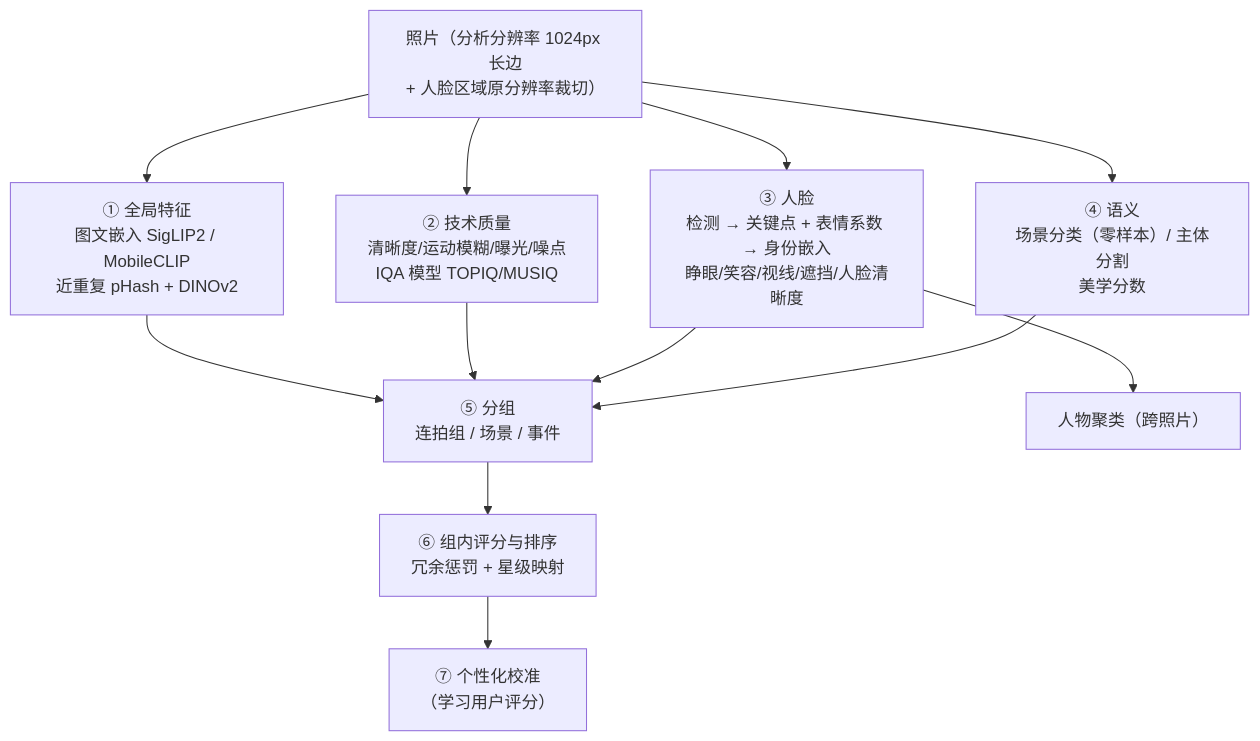
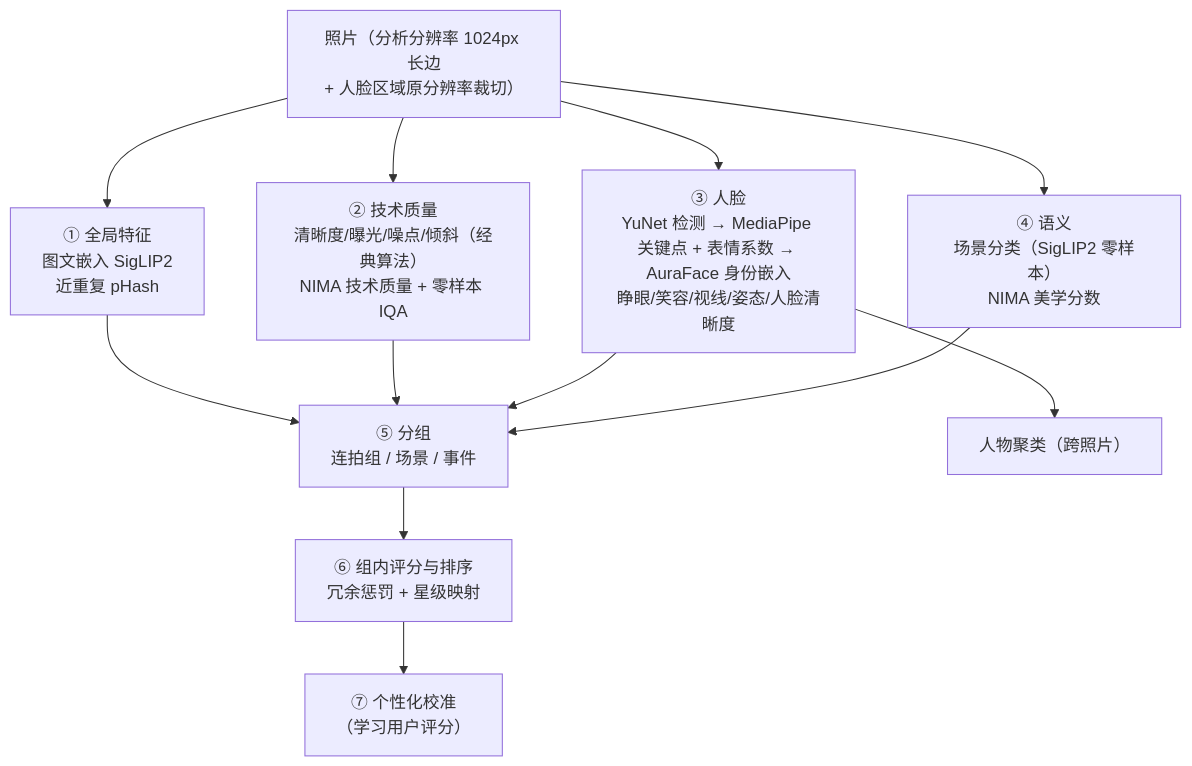
One commit to harveyxiacn/imagePicker changed the first of 3 diagrams in docs/03-AI与算法设计.md. Above: the diagram before and after it, drawn with Mermaid. The commit also changed other lines of this file and 12 other files, not shown here.

````diff
--- a/docs/03-AI与算法设计.md
+++ b/docs/03-AI与算法设计.md
@@ -8,12 +8,12 @@
 ```mermaid
 flowchart TB
     IN["照片（分析分辨率 1024px 长边<br/>+ 人脸区域原分辨率裁切）"] --> A1 & A2 & A3 & A4
-    A1["① 全局特征<br/>图文嵌入 SigLIP2 / MobileCLIP<br/>近重复 pHash + DINOv2"]
-    A2["② 技术质量<br/>清晰度/运动模糊/曝光/噪点<br/>IQA 模型 TOPIQ/MUSIQ"]
-    A3["③ 人脸<br/>检测 → 关键点 + 表情系数 → 身份嵌入<br/>睁眼/笑容/视线/遮挡/人脸清晰度"]
-    A4["④ 语义<br/>场景分类（零样本）/ 主体分割<br/>美学分数"]
+    A1["① 全局特征<br/>图文嵌入 SigLIP2<br/>近重复 pHash"]
+    A2["② 技术质量<br/>清晰度/曝光/噪点/倾斜（经典算法）<br/>NIMA 技术质量 + 零样本 IQA"]
+    A3["③ 人脸<br/>YuNet 检测 → MediaPipe 关键点 + 表情系数 → AuraFace 身份嵌入<br/>睁眼/笑容/视线/姿态/人脸清晰度"]
+    A4["④ 语义<br/>场景分类（SigLIP2 零样本）<br/>NIMA 美学分数"]
     A1 & A2 & A3 & A4 --> G["⑤ 分组<br/>连拍组 / 场景 / 事件"]
     G --> S["⑥ 组内评分与排序<br/>冗余惩罚 + 星级映射"]
     S --> P["⑦ 个性化校准<br/>（学习用户评分）"]
     A3 --> C["人物聚类（跨照片）"]
 ```
````
